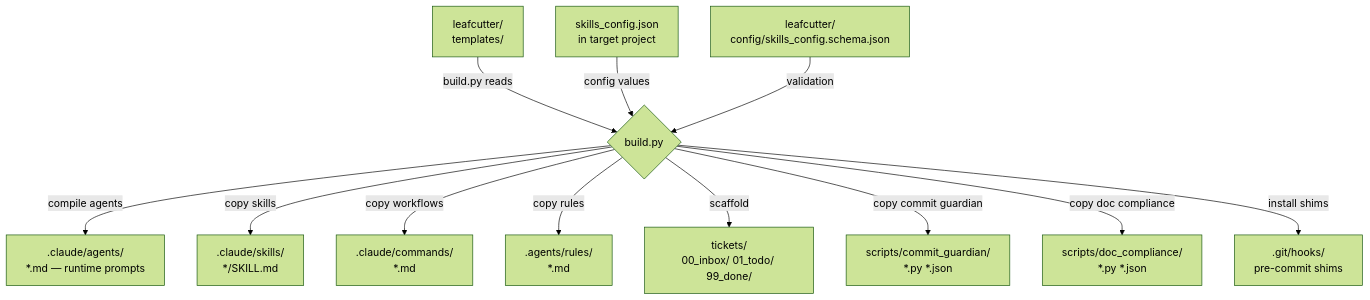
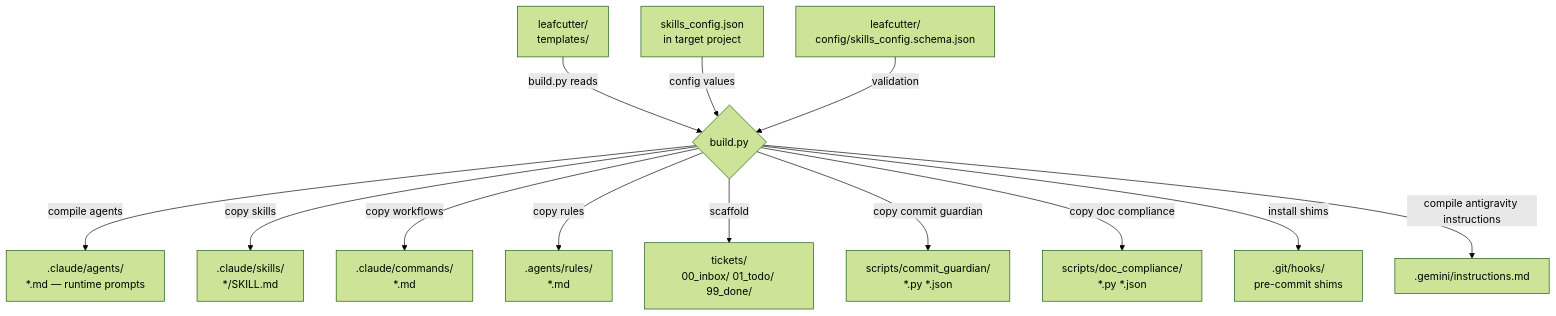
One commit to urlmonitor/leafcutter-ai changed the first of 3 diagrams in docs/build-pipeline.md. Above: the diagram before and after it, drawn with Mermaid (forest theme). The commit also changed 41 other files, not shown here.

Commit message:
chore(epic): finalize EPIC-AntigravitySupport - Implemented dual-platform Jinja template compilation - Fixed sync_platforms bidirectional synchronization - Updated agent prompts for architectural context - Generated retro and changelog

````diff
--- a/docs/build-pipeline.md
+++ b/docs/build-pipeline.md
@@ -10,15 +10,16 @@
 ```mermaid
 graph TD
     A[leafcutter/\ntemplates/] -->|build.py reads| B{build.py}
     C[skills_config.json\nin target project] -->|config values| B
     D[leafcutter/\nconfig/skills_config.schema.json] -->|validation| B
 
     B -->|compile agents| E[.claude/agents/\n*.md — runtime prompts]
     B -->|copy skills| F[.claude/skills/\n*/SKILL.md]
     B -->|copy workflows| G[.claude/commands/\n*.md]
     B -->|copy rules| H[.agents/rules/\n*.md]
     B -->|scaffold| I[tickets/\n00_inbox/ 01_todo/ 99_done/]
     B -->|copy commit guardian| J[scripts/commit_guardian/\n*.py *.json]
     B -->|copy doc compliance| K[scripts/doc_compliance/\n*.py *.json]
     B -->|install shims| L[.git/hooks/\npre-commit shims]
+    B -->|compile antigravity instructions| M[.gemini/instructions.md]
 ```
````
